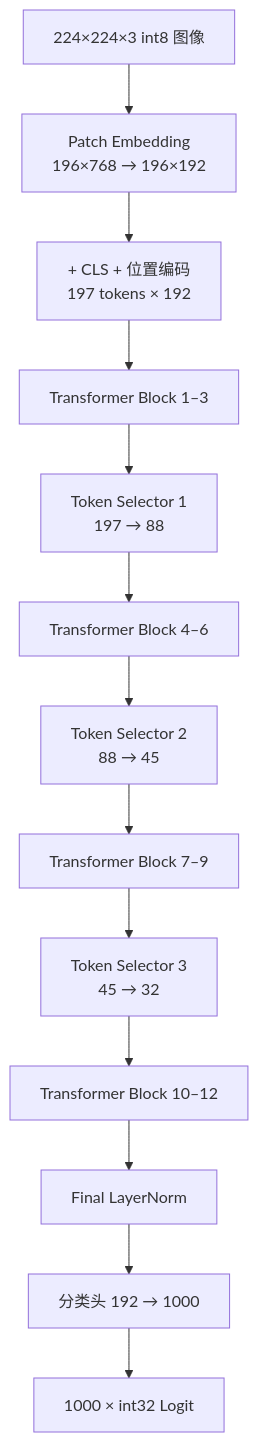
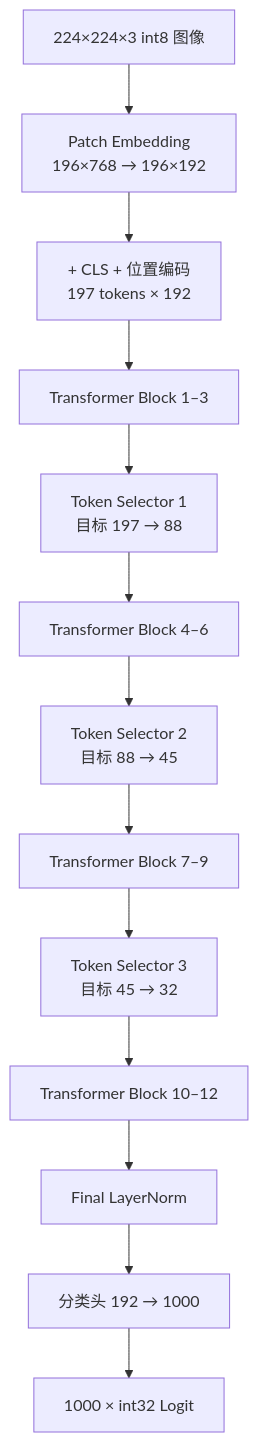
Before and after one commit to YOUXINYANG/HeatViT: the diagram in README.md, drawn with Mermaid. The commit also changed other lines of this file and 1 other file, not shown here.

````diff
--- a/README.md
+++ b/README.md
@@ -29,15 +30,15 @@
 ```mermaid
 flowchart TD
     A["224×224×3 int8 图像"] --> B["Patch Embedding<br/>196×768 → 196×192"]
     B --> C["+ CLS + 位置编码<br/>197 tokens × 192"]
     C --> D["Transformer Block 1–3"]
-    D --> E["Token Selector 1<br/>197 → 88"]
+    D --> E["Token Selector 1<br/>目标 197 → 88"]
     E --> F["Transformer Block 4–6"]
-    F --> G["Token Selector 2<br/>88 → 45"]
+    F --> G["Token Selector 2<br/>目标 88 → 45"]
     G --> H["Transformer Block 7–9"]
-    H --> I["Token Selector 3<br/>45 → 32"]
+    H --> I["Token Selector 3<br/>目标 45 → 32"]
     I --> J["Transformer Block 10–12"]
     J --> K["Final LayerNorm"]
     K --> L["分类头 192 → 1000"]
     L --> M["1000 × int32 Logit"]
 ```
````
